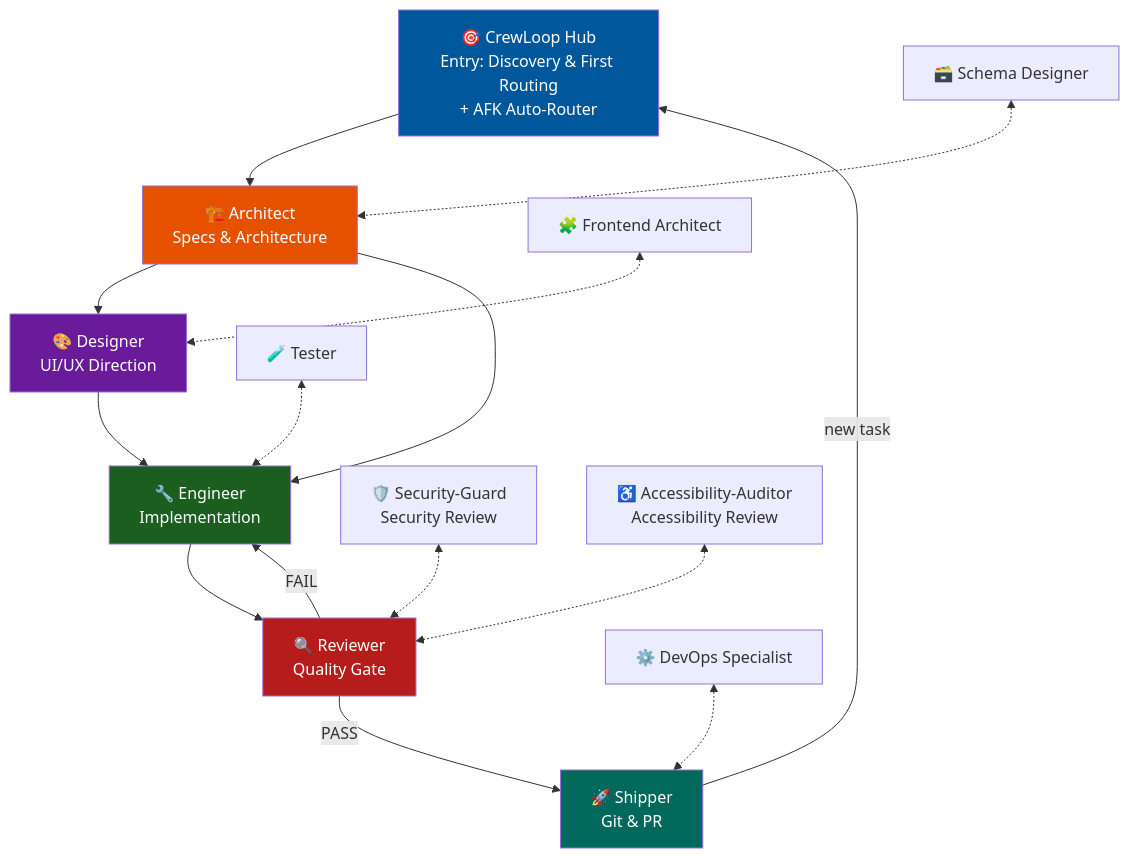
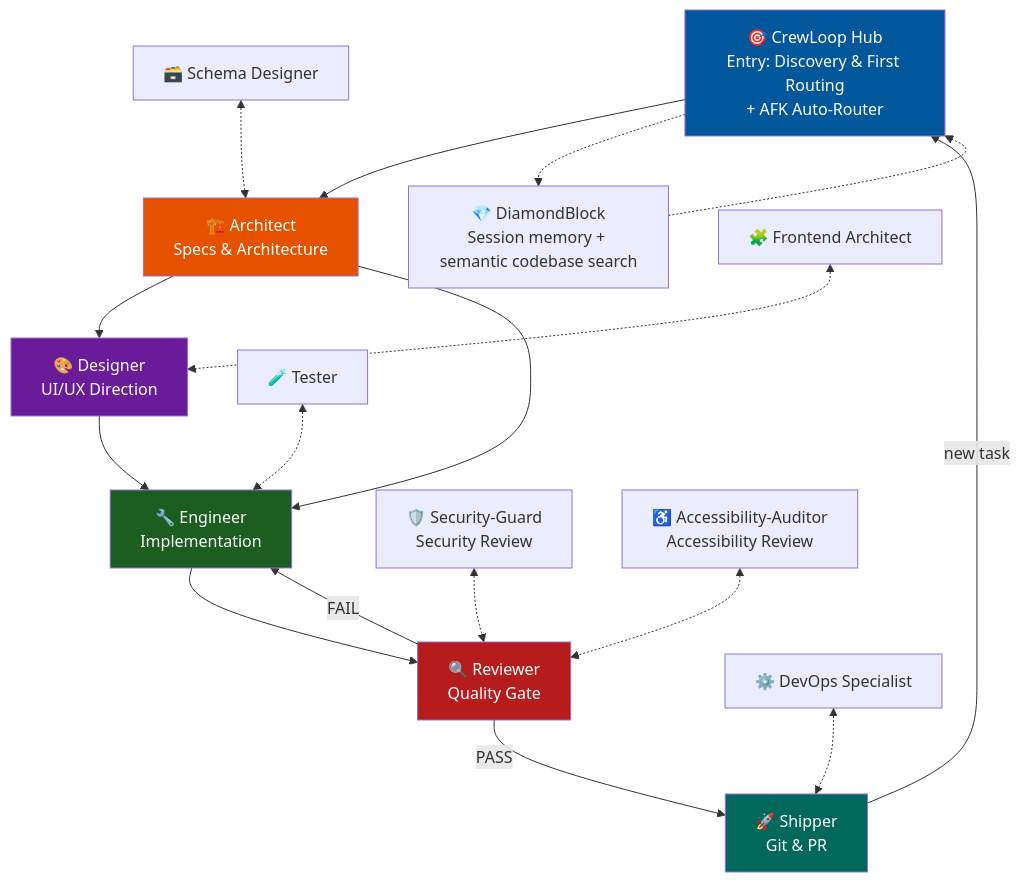
One commit to leorsousa05/CrewLoop changed the diagram in references/workflow.md. Above: the diagram before and after it, drawn with Mermaid. The commit also changed other lines of this file and 38 other files, not shown here.

````diff
--- a/references/workflow.md
+++ b/references/workflow.md
@@ -36,25 +37,27 @@
 ```mermaid
 flowchart TD
     O["🎯 CrewLoop Hub<br>Entry: Discovery & First Routing<br>+ AFK Auto-Router"] --> A["🏗️ Architect<br>Specs & Architecture"]
+    O -.-> DB["💎 DiamondBlock<br>Session memory + semantic codebase search"]
+    DB -.-> O
     A --> D["🎨 Designer<br>UI/UX Direction"]
     A --> E["🔧 Engineer<br>Implementation"]
     D --> E
     E --> R["🔍 Reviewer<br>Quality Gate"]
     R -->|PASS| S["🚀 Shipper<br>Git & PR"]
     R -->|FAIL| E
     S -->|new task| O
 
     SG["🛡️ Security-Guard<br>Security Review"] <-.-> R
     AA["♿ Accessibility-Auditor<br>Accessibility Review"] <-.-> R
     SD["🗃️ Schema Designer"] <-.-> A
     FA["🧩 Frontend Architect"] <-.-> D
     DO["⚙️ DevOps Specialist"] <-.-> S
     T["🧪 Tester"] <-.-> E
 
     style O fill:#01579b,color:#fff
     style A fill:#e65100,color:#fff
     style D fill:#6a1b9a,color:#fff
     style E fill:#1b5e20,color:#fff
     style R fill:#b71c1c,color:#fff
     style S fill:#00695c,color:#fff
 ```
````
